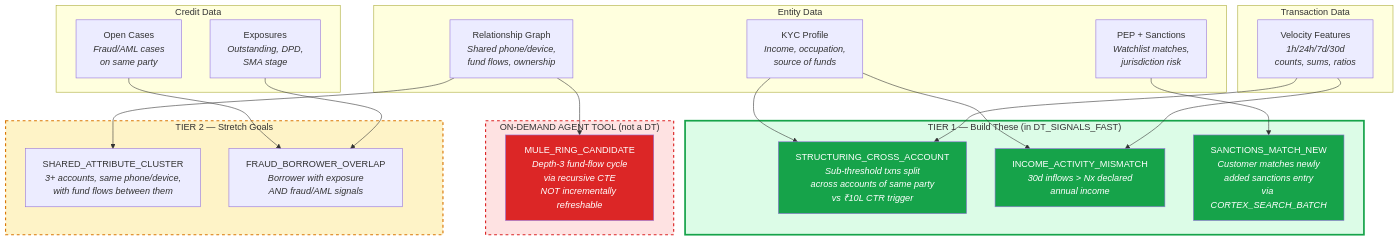
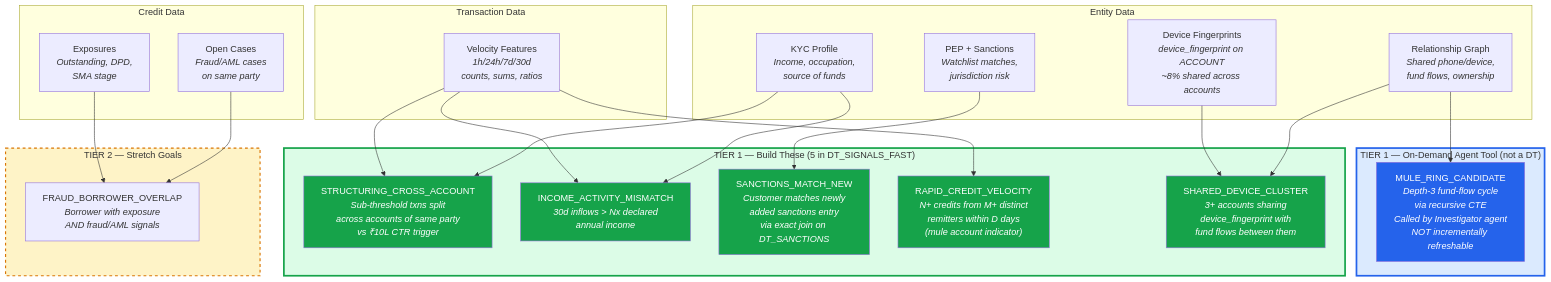
One commit to AbhaBarge/RiskRemoved_Snowflake changed the fifth of 18 diagrams in docs/enhanced-architecture-diagrams.md. Above: the diagram before and after it, drawn with Mermaid. The commit also changed other lines of this file and 4 other files, not shown here.

````diff
--- a/docs/enhanced-architecture-diagrams.md
+++ b/docs/enhanced-architecture-diagrams.md
@@ -414,50 +422,56 @@
 ```mermaid
 flowchart TB
     subgraph TXN_DATA["Transaction Data"]
         VELOCITY["Velocity Features<br/><i>1h/24h/7d/30d<br/>counts, sums, ratios</i>"]
     end
 
     subgraph ENTITY_DATA["Entity Data"]
         KYC_D["KYC Profile<br/><i>Income, occupation,<br/>source of funds</i>"]
         GRAPH["Relationship Graph<br/><i>Shared phone/device,<br/>fund flows, ownership</i>"]
         PEP_D["PEP + Sanctions<br/><i>Watchlist matches,<br/>jurisdiction risk</i>"]
+        DEVICE["Device Fingerprints<br/><i>device_fingerprint on ACCOUNT<br/>~8% shared across accounts</i>"]
     end
 
     subgraph CREDIT_DATA["Credit Data"]
         EXPO["Exposures<br/><i>Outstanding, DPD,<br/>SMA stage</i>"]
         CASES["Open Cases<br/><i>Fraud/AML cases<br/>on same party</i>"]
     end
 
-    subgraph TIER1["TIER 1 — Build These (in DT_SIGNALS_FAST)"]
+    subgraph TIER1["TIER 1 — Build These (5 in DT_SIGNALS_FAST)"]
         S4["STRUCTURING_CROSS_ACCOUNT<br/><i>Sub-threshold txns split<br/>across accounts of same party<br/>vs ₹10L CTR trigger</i>"]
         S1["INCOME_ACTIVITY_MISMATCH<br/><i>30d inflows > Nx declared<br/>annual income</i>"]
-        S7["SANCTIONS_MATCH_NEW<br/><i>Customer matches newly<br/>added sanctions entry<br/>via CORTEX_SEARCH_BATCH</i>"]
+        S7["SANCTIONS_MATCH_NEW<br/><i>Customer matches newly<br/>added sanctions entry<br/>via exact join on DT_SANCTIONS</i>"]
+        S8["RAPID_CREDIT_VELOCITY<br/><i>N+ credits from M+ distinct<br/>remitters within D days<br/>(mule account indicator)</i>"]
+        S9["SHARED_DEVICE_CLUSTER<br/><i>3+ accounts sharing<br/>device_fingerprint with<br/>fund flows between them</i>"]
+    end
+
+    subgraph TIER1_TOOL["TIER 1 — On-Demand Agent Tool (not a DT)"]
+        S3["MULE_RING_CANDIDATE<br/><i>Depth-3 fund-flow cycle<br/>via recursive CTE<br/>Called by Investigator agent<br/>NOT incrementally refreshable</i>"]
     end
 
     subgraph TIER2["TIER 2 — Stretch Goals"]
-        S2["SHARED_ATTRIBUTE_CLUSTER<br/><i>3+ accounts, same phone/device,<br/>with fund flows between them</i>"]
         S6["FRAUD_BORROWER_OVERLAP<br/><i>Borrower with exposure<br/>AND fraud/AML signals</i>"]
-    end
-
-    subgraph ONDEMAND["ON-DEMAND AGENT TOOL (not a DT)"]
-        S3["MULE_RING_CANDIDATE<br/><i>Depth-3 fund-flow cycle<br/>via recursive CTE<br/>NOT incrementally refreshable</i>"]
     end
 
     VELOCITY --> S4
     KYC_D --> S4
     VELOCITY --> S1
     KYC_D --> S1
     PEP_D --> S7
-    GRAPH --> S2
+    VELOCITY --> S8
+    DEVICE --> S9
+    GRAPH --> S9
     GRAPH --> S3
     EXPO --> S6
     CASES --> S6
 
     style TIER1 fill:#dcfce7,stroke:#16a34a,stroke-width:3px
+    style TIER1_TOOL fill:#dbeafe,stroke:#2563eb,stroke-width:3px
     style TIER2 fill:#fef3c7,stroke:#d97706,stroke-width:2px,stroke-dasharray: 5 5
-    style ONDEMAND fill:#fee2e2,stroke:#dc2626,stroke-width:2px,stroke-dasharray: 5 5
     style S4 fill:#16a34a,color:#fff
     style S1 fill:#16a34a,color:#fff
     style S7 fill:#16a34a,color:#fff
-    style S3 fill:#dc2626,color:#fff
+    style S8 fill:#16a34a,color:#fff
+    style S9 fill:#16a34a,color:#fff
+    style S3 fill:#2563eb,color:#fff
 ```
````
